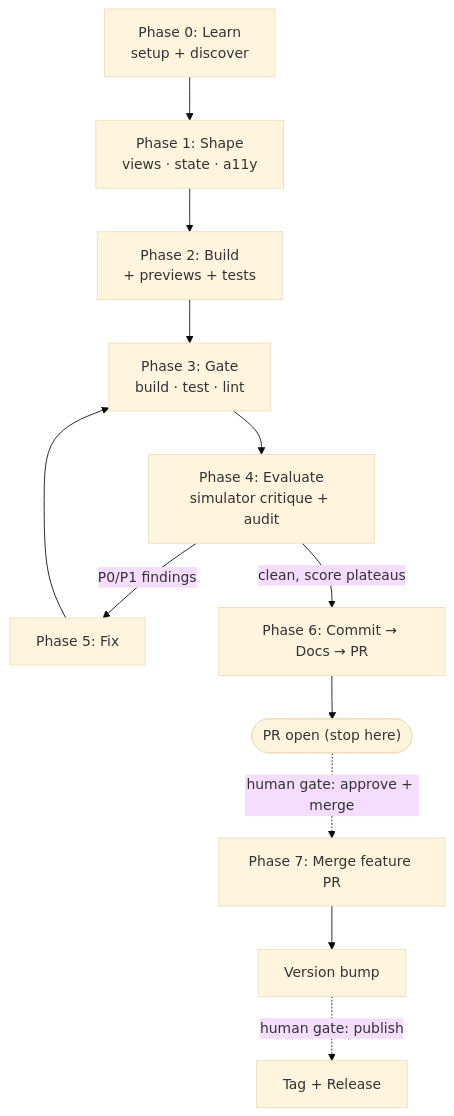
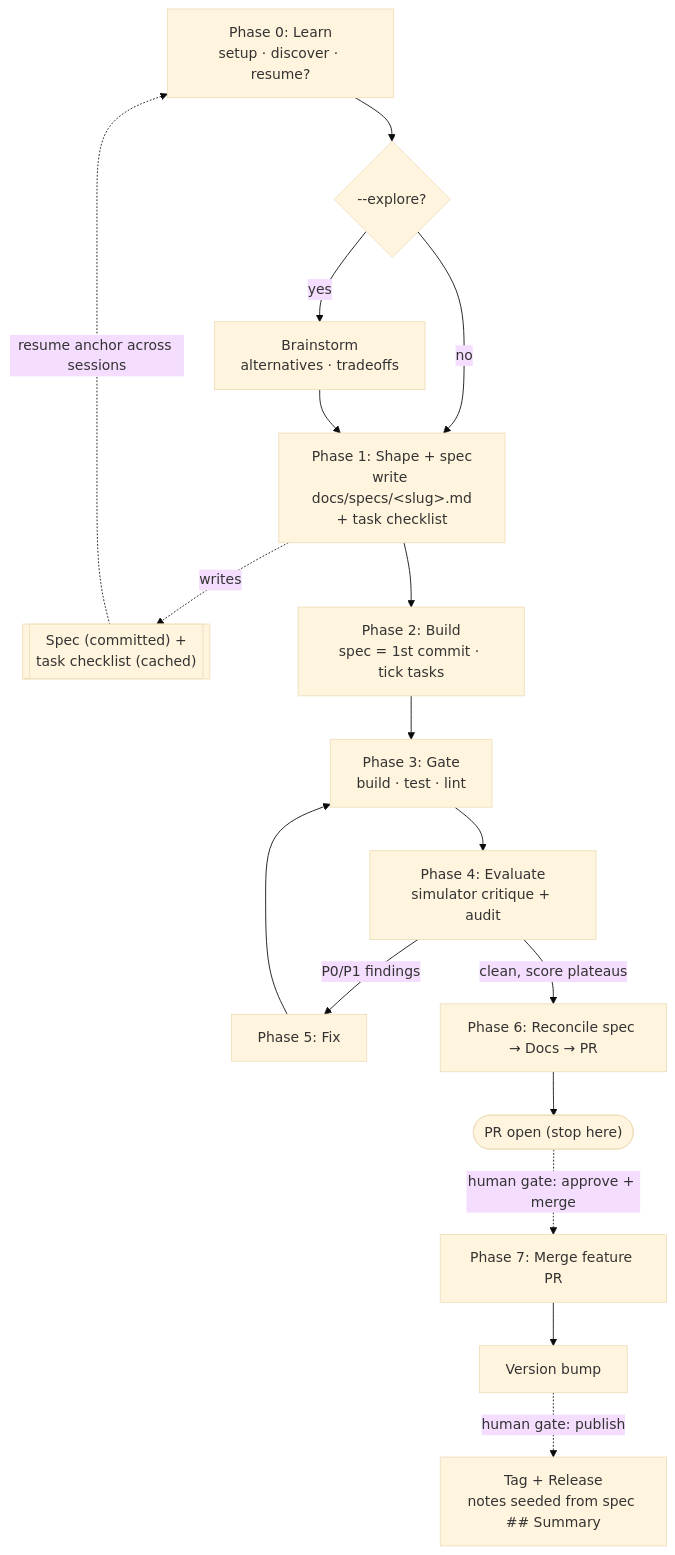
Before and after one commit to pyaethu-aung/skills: the third of 4 diagrams in README.md, drawn with Mermaid (base theme). The commit also changed other lines of this file and 1 other file, not shown here.

First line of the commit message:
docs: document explore mode and spec workflow

````diff
--- a/README.md
+++ b/README.md
@@ -141,14 +141,19 @@
 ```mermaid
 flowchart TD
-    L["Phase 0: Learn<br/>setup + discover"] --> S["Phase 1: Shape<br/>views · state · a11y"]
-    S --> B["Phase 2: Build<br/>+ previews + tests"]
+    L["Phase 0: Learn<br/>setup · discover · resume?"] --> X{"--explore?"}
+    X -->|yes| BR["Brainstorm<br/>alternatives · tradeoffs"]
+    X -->|no| S["Phase 1: Shape + spec<br/>write docs/specs/&lt;slug&gt;.md<br/>+ task checklist"]
+    BR --> S
+    S -. "writes" .-> A[["Spec (committed) +<br/>task checklist (cached)"]]
+    A -. "resume anchor across sessions" .-> L
+    S --> B["Phase 2: Build<br/>spec = 1st commit · tick tasks"]
     B --> G["Phase 3: Gate<br/>build · test · lint"]
     G --> E["Phase 4: Evaluate<br/>simulator critique + audit"]
     E -->|P0/P1 findings| F["Phase 5: Fix"]
     F --> G
-    E -->|clean, score plateaus| C["Phase 6: Commit → Docs → PR"]
+    E -->|clean, score plateaus| C["Phase 6: Reconcile spec → Docs → PR"]
     C --> PR(["PR open (stop here)"])
     PR -. "human gate: approve + merge" .-> M["Phase 7: Merge feature PR"]
     M --> Vb["Version bump"]
-    Vb -. "human gate: publish" .-> R["Tag + Release"]
+    Vb -. "human gate: publish" .-> R["Tag + Release<br/>notes seeded from spec ## Summary"]
 ```
````
